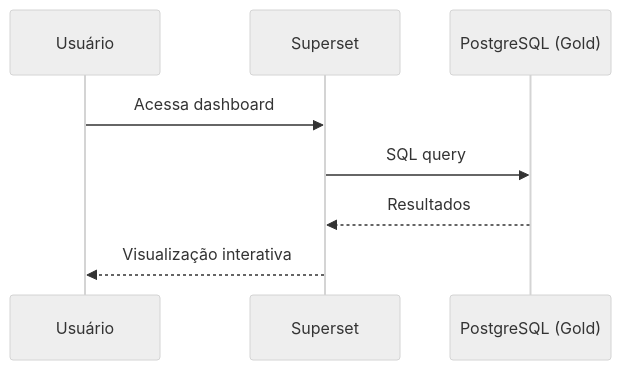
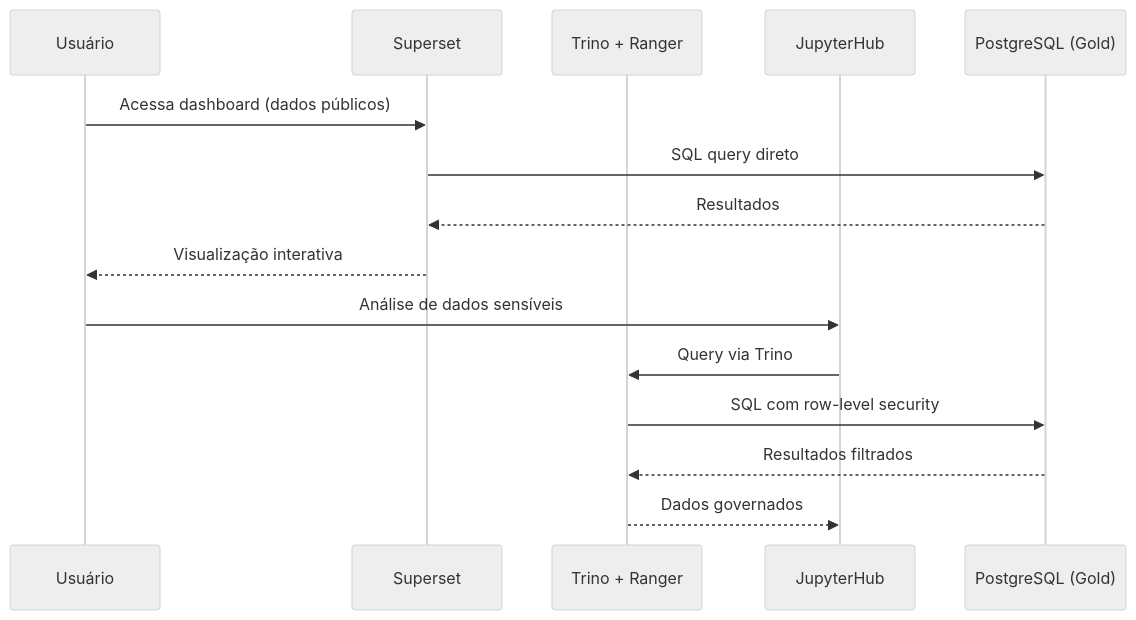
One commit to RochaCarla/doc-bp changed the fifth of 5 diagrams in docs/arquitetura/fluxo-de-dados.md. Above: the diagram before and after it, drawn with Mermaid (neutral theme). The commit also changed other lines of this file and 28 other files, not shown here.

````diff
--- a/docs/arquitetura/fluxo-de-dados.md
+++ b/docs/arquitetura/fluxo-de-dados.md
@@ -114,11 +120,19 @@
 ```mermaid
 sequenceDiagram
     participant User as Usuário
     participant SS as Superset
+    participant TR as Trino + Ranger
+    participant JH as JupyterHub
     participant PG as PostgreSQL (Gold)
 
-    User->>SS: Acessa dashboard
-    SS->>PG: SQL query
+    User->>SS: Acessa dashboard (dados públicos)
+    SS->>PG: SQL query direto
     PG-->>SS: Resultados
     SS-->>User: Visualização interativa
+
+    User->>JH: Análise de dados sensíveis
+    JH->>TR: Query via Trino
+    TR->>PG: SQL com row-level security
+    PG-->>TR: Resultados filtrados
+    TR-->>JH: Dados governados
 ```
````
